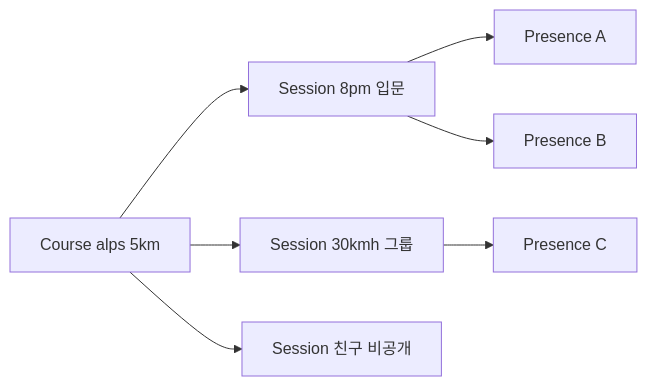
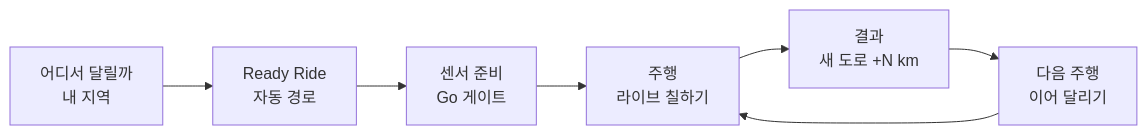
One commit to parkstery/boxcycle changed the diagram in document/260511-RTW-마스터-비전-및-종합계획.md. Above: the diagram before and after it, drawn with Mermaid. The commit also changed other lines of this file and 124 other files, not shown here.

````diff
--- a/document/260511-RTW-마스터-비전-및-종합계획.md
+++ b/document/260511-RTW-마스터-비전-및-종합계획.md
@@ -65,16 +68,9 @@
 ```mermaid
 flowchart LR
-  C1[Course alps 5km]
-  S1[Session 8pm 입문]
-  S2[Session 30kmh 그룹]
-  S3[Session 친구 비공개]
-  P1[Presence A]
-  P2[Presence B]
-  P3[Presence C]
-  C1 --> S1
-  C1 --> S2
-  C1 --> S3
-  S1 --> P1
-  S1 --> P2
-  S2 --> P3
+  A[어디서 달릴까<br/>내 지역] --> B[Ready Ride<br/>자동 경로]
+  B --> C[센서 준비<br/>Go 게이트]
+  C --> D[주행<br/>라이브 칠하기]
+  D --> E[결과<br/>새 도로 +N km]
+  E --> F[다음 주행<br/>이어 달리기]
+  F --> D
 ```
````
